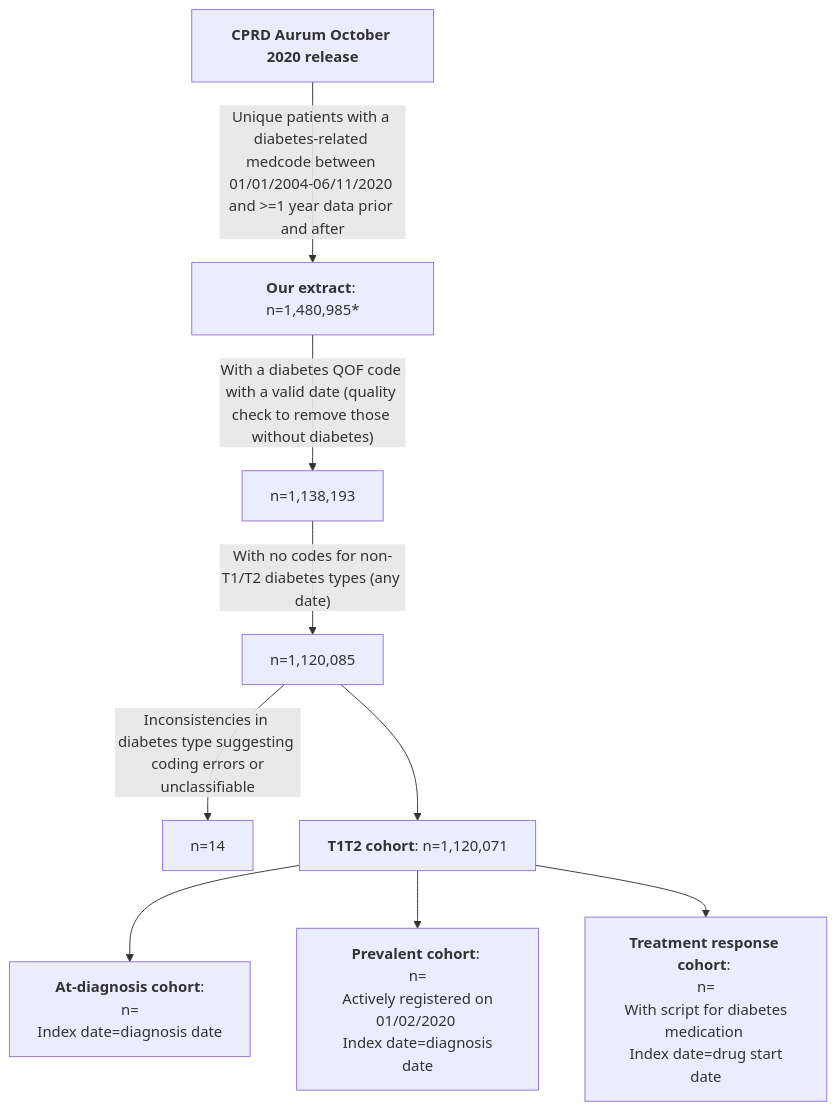
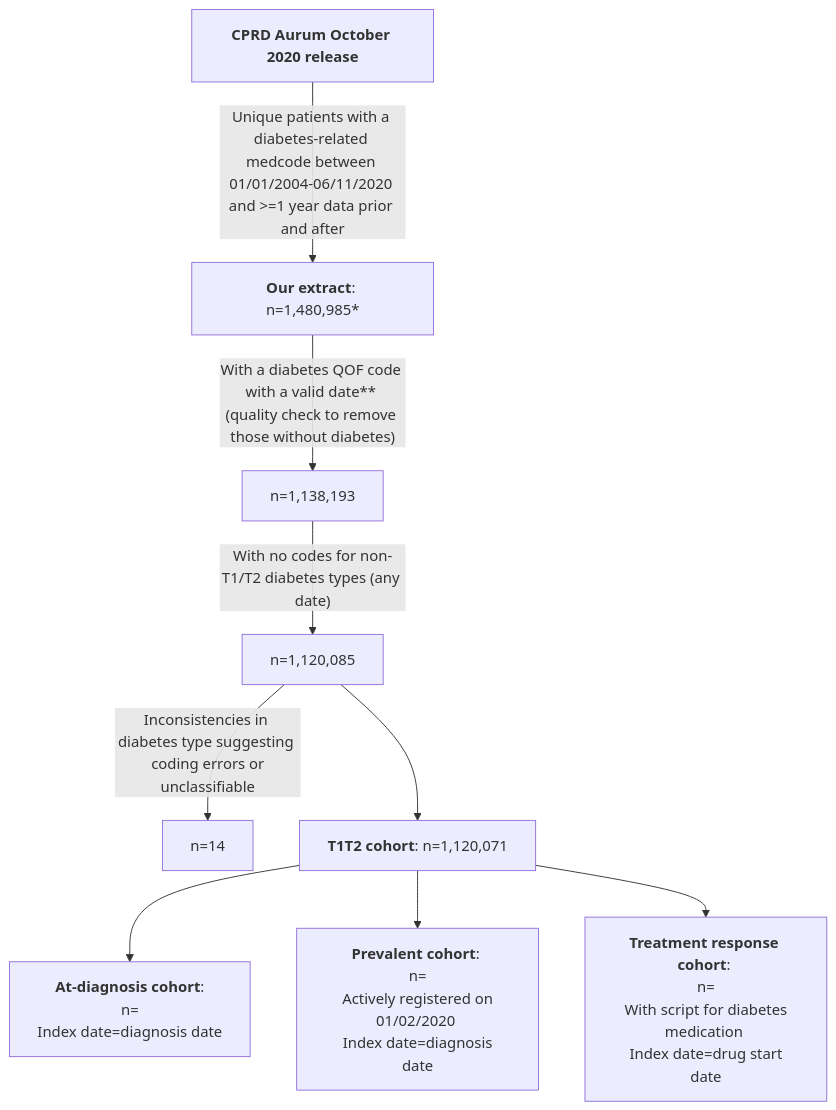
Before and after one commit to Exeter-Diabetes/CPRD-Cohort-scripts: the diagram in README.md, drawn with Mermaid. The commit also changed other lines of this file, not shown here.

````diff
--- a/README.md
+++ b/README.md
@@ -12,11 +12,11 @@
 ```mermaid
 graph TD;
     A["<b>CPRD Aurum October 2020 release</b>"] --> |"Unique patients with a diabetes-related medcode between 01/01/2004-06/11/2020 and >=1 year data prior and after"| B["<b>Our extract</b>: n=1,480,985*"]
-    B -->|"With a diabetes QOF code with a valid date (quality check to remove those without diabetes)"|C["n=1,138,193"]
+    B -->|"With a diabetes QOF code with a valid date** (quality check to remove those without diabetes)"|C["n=1,138,193"]
     C --> |"With no codes for non-T1/T2 diabetes types (any date)"|D["n=1,120,085"]
     D --> |"Inconsistencies in diabetes type suggesting <br> coding errors or unclassifiable"|E["n=14"]
     D --> F["<b>T1T2 cohort</b>: n=1,120,071"]
     F --> G["<b>At-diagnosis cohort</b>: <br> n= <br> Index date=diagnosis date"]
     F --> H["<b>Prevalent cohort</b>: <br> n= <br> Actively registered on 01/02/2020 <br> Index date=diagnosis date"]
     F --> I["<b>Treatment response cohort</b>: <br> n= <br> With script for diabetes medication <br> Index date=drug start date"]
 ```
````
